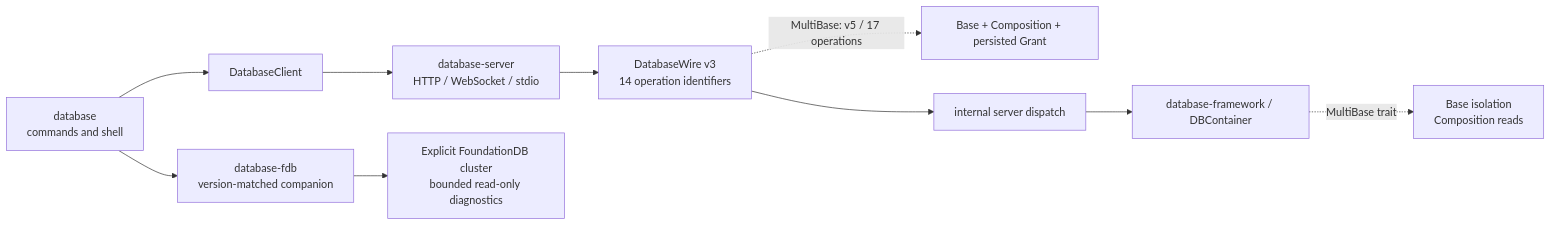
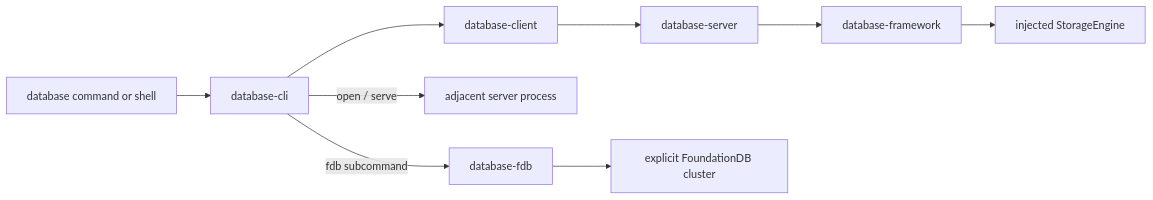
Before and after one commit to 1amageek/database-cli: the diagram in README.md, drawn with Mermaid. The commit also changed other lines of this file and 5 other files, not shown here.

Commit message:
Refresh database CLI documentation

````diff
--- a/README.md
+++ b/README.md
@@ -10,13 +19,12 @@
 ```mermaid
 flowchart LR
-    CLI["database<br/>commands and shell"] --> Client["DatabaseClient"]
-    Client --> Host["database-server<br/>HTTP / WebSocket / stdio"]
-    Host --> Wire["DatabaseWire v3<br/>14 operation identifiers"]
-    Wire -. "MultiBase: v5 / 17 operations" .-> Optional["Base + Composition + persisted Grant"]
-    Wire --> Runtime["internal server dispatch"]
-    Runtime --> Container["database-framework / DBContainer"]
-    Container -. "MultiBase trait" .-> Bases["Base isolation<br/>Composition reads"]
+    User["database command or shell"] --> CLI["database-cli"]
+    CLI --> Client["database-client"]
+    Client --> Server["database-server"]
+    Server --> Framework["database-framework"]
+    Framework --> Storage["injected StorageEngine"]
 
-    CLI --> Helper["database-fdb<br/>version-matched companion"]
-    Helper --> FDB["Explicit FoundationDB cluster<br/>bounded read-only diagnostics"]
+    CLI -->|"open / serve"| Process["adjacent server process"]
+    CLI -->|"fdb subcommand"| Companion["database-fdb"]
+    Companion --> FDB["explicit FoundationDB cluster"]
 ```
````
